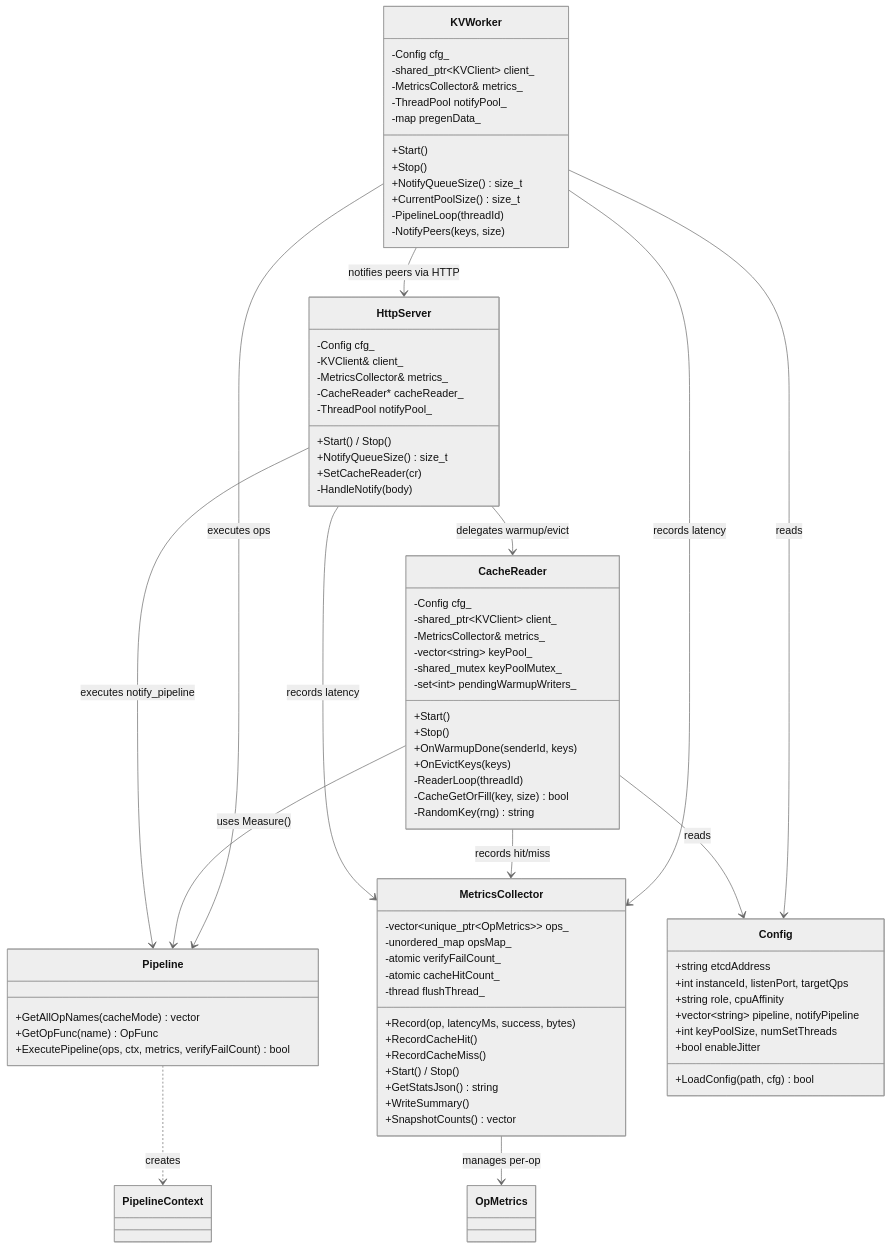
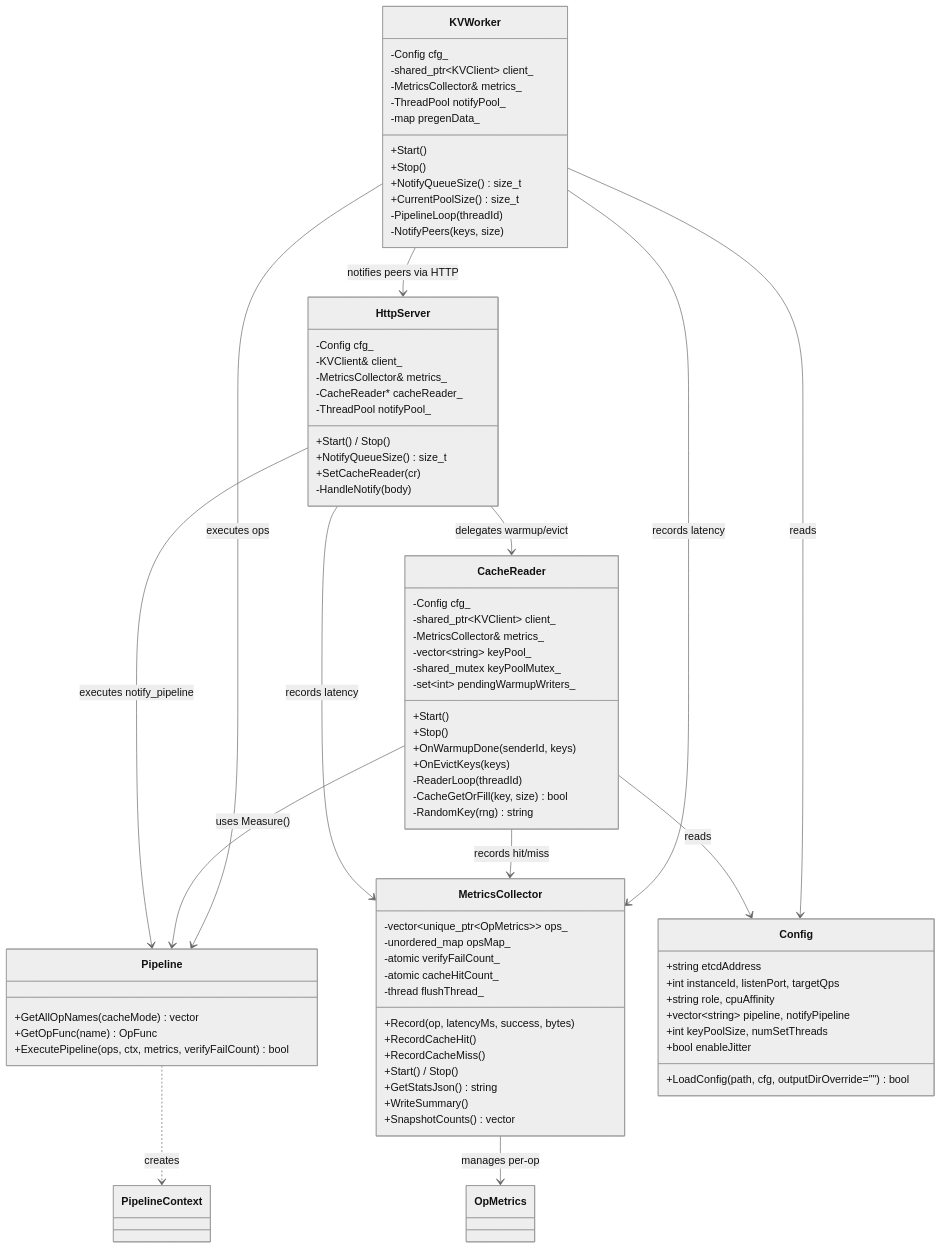
The first of 8 diagrams in tests/kvtest/docs/design.md (openeuler-mirror/yuanrong-datasystem), drawn with Mermaid (neutral theme) before and after one commit. The commit also changed 7 other files, not shown here.

```diff
--- a/tests/kvtest/docs/design.md
+++ b/tests/kvtest/docs/design.md
@@ -91,7 +91,7 @@
         +vector~string~ pipeline, notifyPipeline
         +int keyPoolSize, numSetThreads
         +bool enableJitter
-        +LoadConfig(path, cfg) bool
+        +LoadConfig(path, cfg, outputDirOverride="") bool
     }
 
     KVWorker --> Config : reads
```
